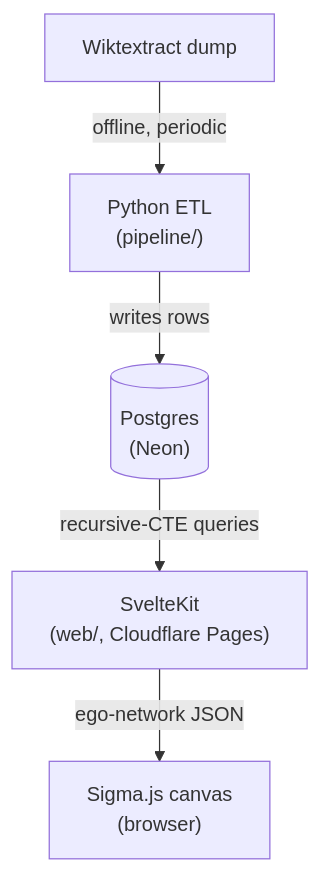
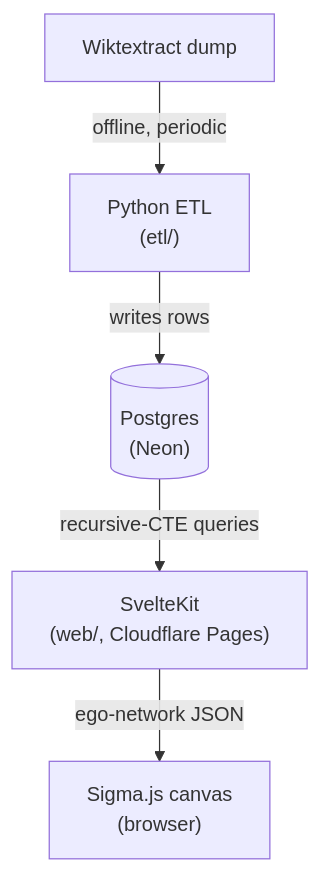
Before and after one commit to van-riper/etymyriad: the first of 2 diagrams in docs/DESIGN.md, drawn with Mermaid. The commit also changed other lines of this file and 21 other files, not shown here.

First line of the commit message:
chore: rename pipeline/ to etl/

````diff
--- a/docs/DESIGN.md
+++ b/docs/DESIGN.md
@@ -31,7 +31,7 @@
 ```mermaid
 flowchart TD
-    dump["Wiktextract dump"] -->|offline, periodic| etl["Python ETL<br/>(pipeline/)"]
+    dump["Wiktextract dump"] -->|offline, periodic| etl["Python ETL<br/>(etl/)"]
     etl -->|writes rows| db[("Postgres<br/>(Neon)")]
     db -->|recursive-CTE queries| web["SvelteKit<br/>(web/, Cloudflare Pages)"]
     web -->|ego-network JSON| canvas["Sigma.js canvas<br/>(browser)"]
 ```
````
